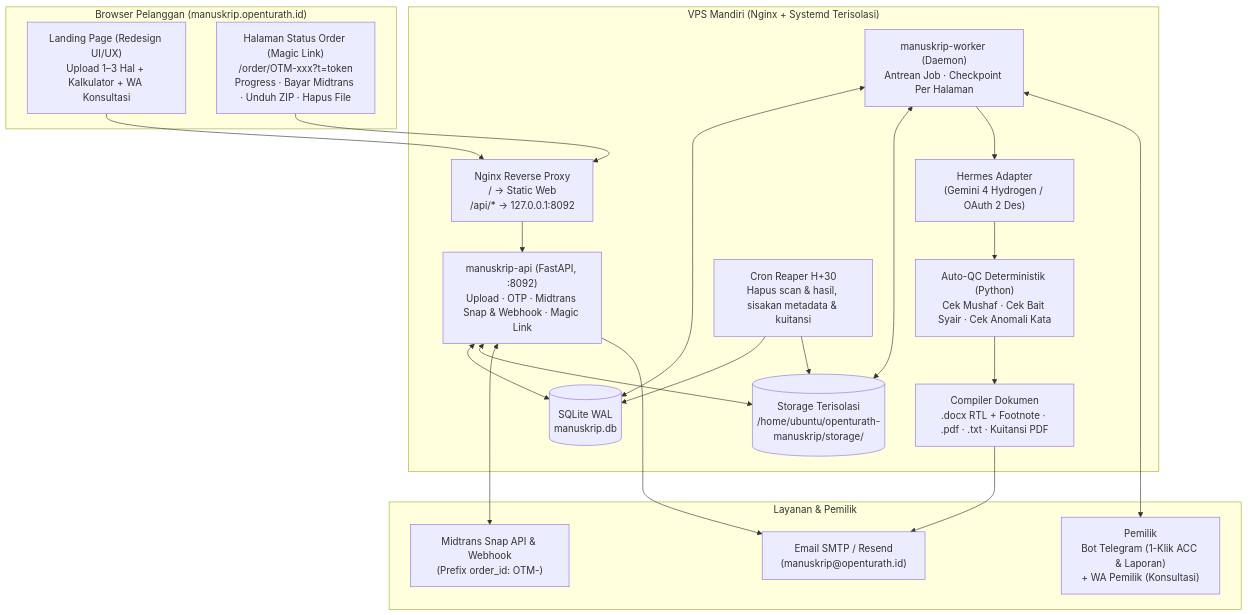
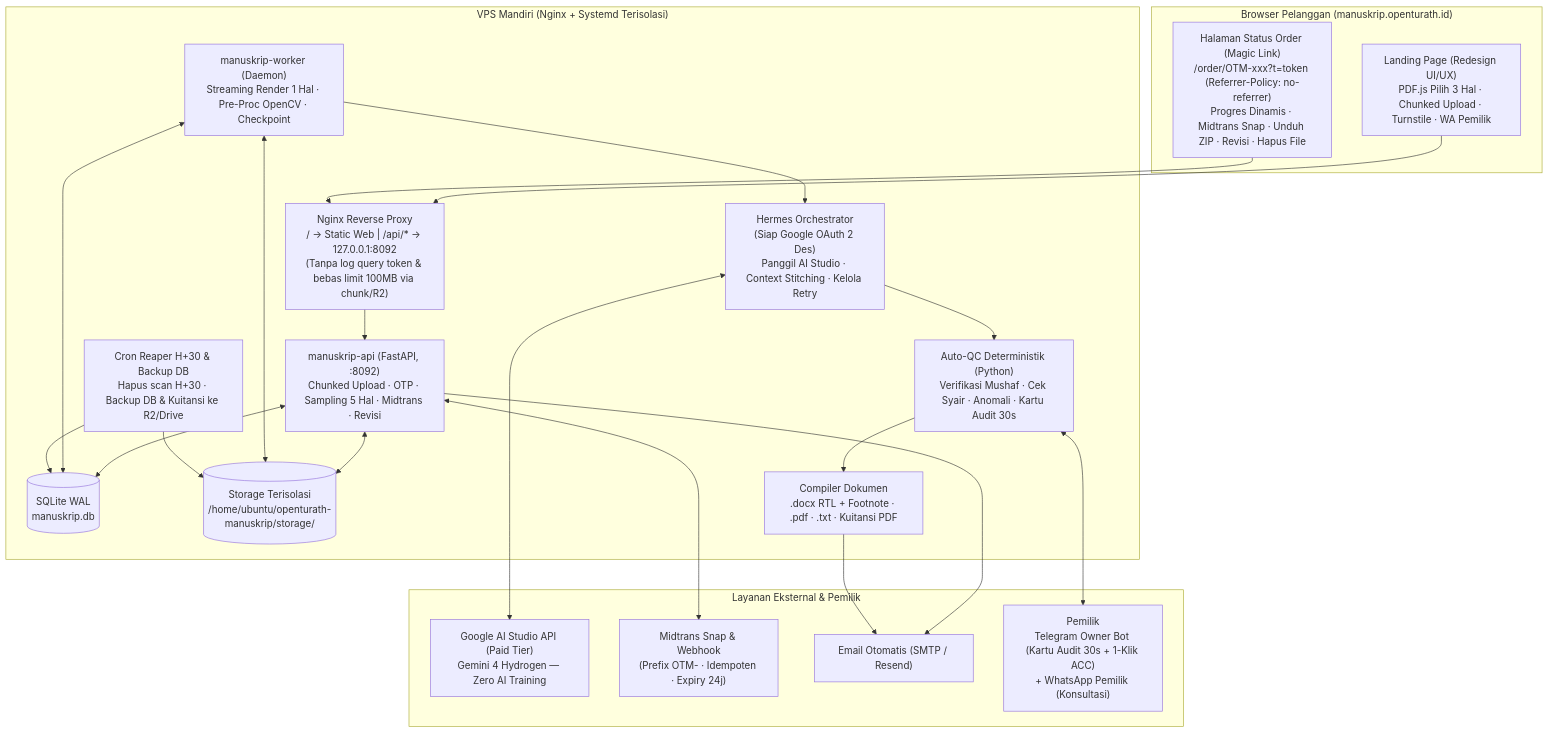
Before and after one commit to raflihusen/openturath-ai: the first of 2 diagrams in website/manuskrip/PLAN.md, drawn with Mermaid. The commit also changed other lines of this file, not shown here.

Commit message:
docs(manuskrip): perbarui PLAN.md ke v2.0 (Hermes -> AI Studio Paid Tier + solusi 12 blind spot)

````diff
--- a/website/manuskrip/PLAN.md
+++ b/website/manuskrip/PLAN.md
@@ -25,40 +27,42 @@
 ```mermaid
 flowchart TB
     subgraph Client["Browser Pelanggan (manuskrip.openturath.id)"]
-        LP["Landing Page (Redesign UI/UX)\nUpload 1–3 Hal + Kalkulator + WA Konsultasi"]
-        ST["Halaman Status Order (Magic Link)\n/order/OTM-xxx?t=token\nProgress · Bayar Midtrans · Unduh ZIP · Hapus File"]
+        LP["Landing Page (Redesign UI/UX)\nPDF.js Pilih 3 Hal · Chunked Upload · Turnstile · WA Pemilik"]
+        ST["Halaman Status Order (Magic Link)\n/order/OTM-xxx?t=token (Referrer-Policy: no-referrer)\nProgres Dinamis · Midtrans Snap · Unduh ZIP · Revisi · Hapus File"]
     end
 
     subgraph VPS["VPS Mandiri (Nginx + Systemd Terisolasi)"]
-        NGX["Nginx Reverse Proxy\n/ -> Static Web\n/api/* -> 127.0.0.1:8092"]
-        API["manuskrip-api (FastAPI, :8092)\nUpload · OTP · Midtrans Snap & Webhook · Magic Link"]
+        NGX["Nginx Reverse Proxy\n/ -> Static Web | /api/* -> 127.0.0.1:8092\n(Tanpa log query token & bebas limit 100MB via chunk/R2)"]
+        API["manuskrip-api (FastAPI, :8092)\nChunked Upload · OTP · Sampling 5 Hal · Midtrans · Revisi"]
         DB[("SQLite WAL\nmanuskrip.db")]
         FS[("Storage Terisolasi\n/home/ubuntu/openturath-manuskrip/storage/")]
-        WRK["manuskrip-worker (Daemon)\nAntrean Job · Checkpoint Per Halaman"]
-        HRM["Hermes Adapter\n(Gemini 4 Hydrogen / OAuth 2 Des)"]
-        QC["Auto-QC Deterministik (Python)\nCek Mushaf · Cek Bait Syair · Cek Anomali Kata"]
+        WRK["manuskrip-worker (Daemon)\nStreaming Render 1 Hal · Pre-Proc OpenCV · Checkpoint"]
+        HRM["Hermes Orchestrator\n(Siap Google OAuth 2 Des)\nPanggil AI Studio · Context Stitching · Kelola Retry"]
+        QC["Auto-QC Deterministik (Python)\nVerifikasi Mushaf · Cek Syair · Anomali · Kartu Audit 30s"]
         DOC["Compiler Dokumen\n.docx RTL + Footnote · .pdf · .txt · Kuitansi PDF"]
-        RPR["Cron Reaper H+30\nHapus scan & hasil, sisakan metadata & kuitansi"]
+        RPR["Cron Reaper H+30 & Backup DB\nHapus scan H+30 · Backup DB & Kuitansi ke R2/Drive"]
     end
 
-    subgraph External["Layanan & Pemilik"]
-        MID["Midtrans Snap API & Webhook\n(Prefix order_id: OTM-)"]
-        MAIL["Email SMTP / Resend\n(manuskrip@openturath.id)"]
-        OWN["Pemilik\nBot Telegram (1-Klik ACC & Laporan)\n+ WA Pemilik (Konsultasi)"]
+    subgraph External["Layanan Eksternal & Pemilik"]
+        AIS["Google AI Studio API (Paid Tier)\nGemini 4 Hydrogen — Zero AI Training"]
+        MID["Midtrans Snap & Webhook\n(Prefix OTM- · Idempoten · Expiry 24j)"]
+        MAIL["Email Otomatis (SMTP / Resend)"]
+        OWN["Pemilik\nTelegram Owner Bot (Kartu Audit 30s + 1-Klik ACC)\n+ WhatsApp Pemilik (Konsultasi)"]
     end
 
     LP --> NGX
     ST --> NGX
     NGX --> API
     API <--> DB
     API <--> FS
     API <--> MID
     API --> MAIL
     WRK <--> DB
     WRK <--> FS
-    WRK --> HRM --> QC --> DOC
-    WRK <--> OWN
+    WRK --> HRM <--> AIS
+    HRM --> QC --> DOC
+    QC <--> OWN
     DOC --> MAIL
     RPR --> DB
     RPR --> FS
 ```
````
